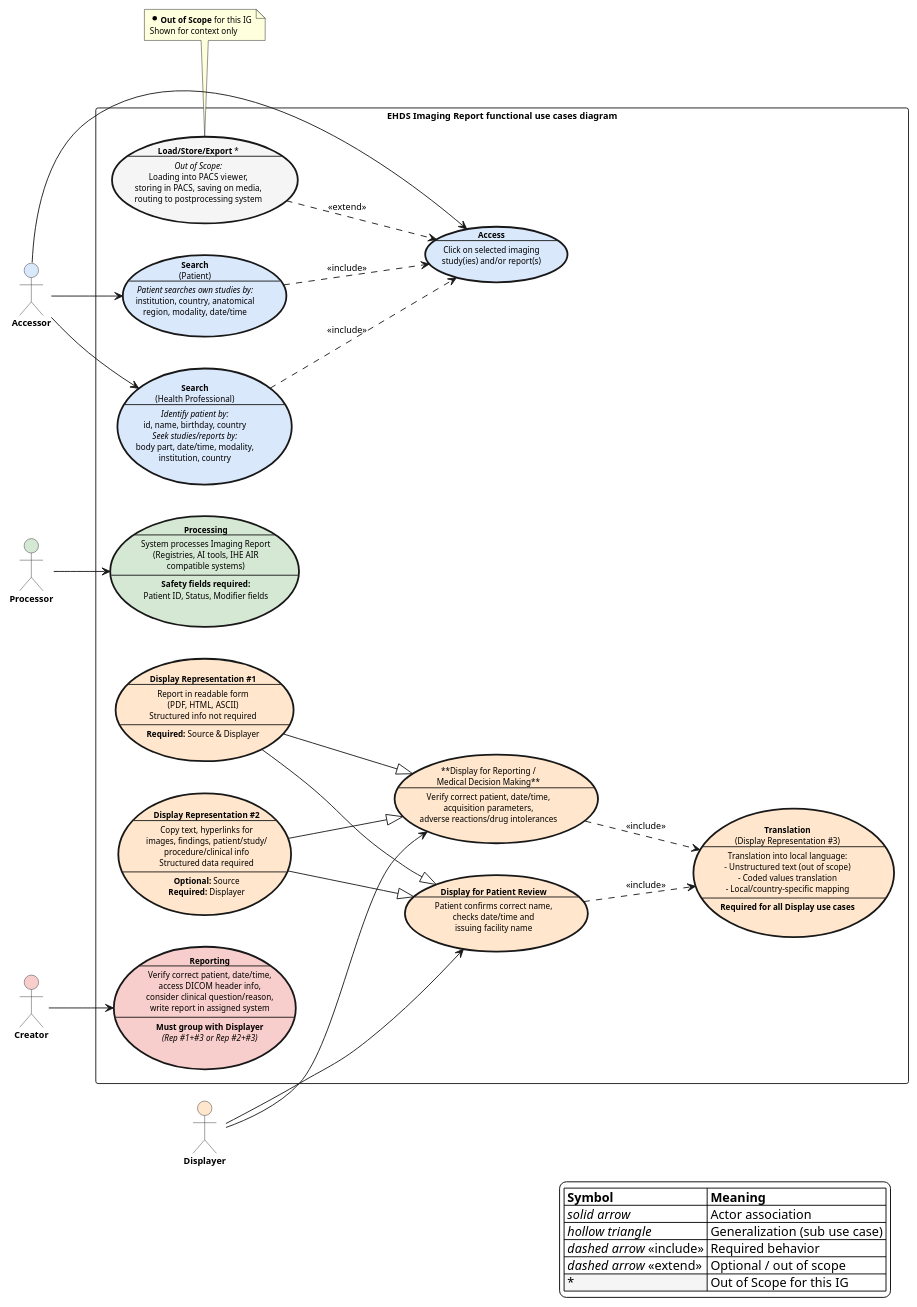
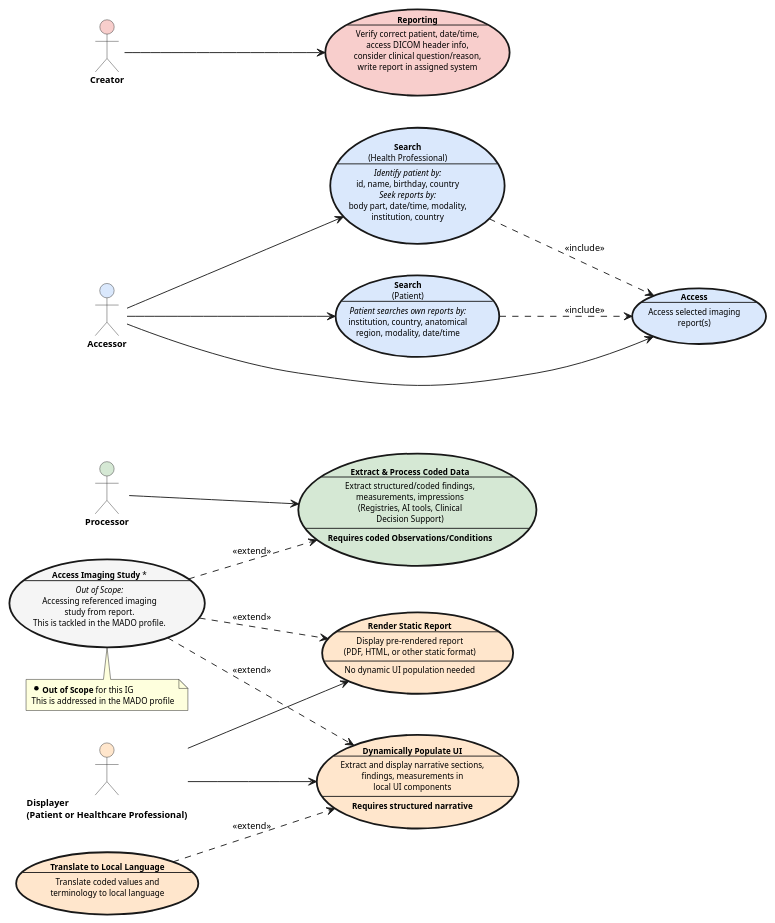
One commit to hl7-eu/imaging changed the diagram in ig-src/input/images-source/ehds-actors-usecases.plantuml. Above: the diagram before and after it, drawn with PlantUML.

Commit message:
update diagram

```diff
--- a/ig-src/input/images-source/ehds-actors-usecases.plantuml
+++ b/ig-src/input/images-source/ehds-actors-usecases.plantuml
@@ -1,108 +1,84 @@
 @startuml ehds-actors-usecases
 
 skinparam backgroundColor white
 skinparam handwritten false
 skinparam defaultFontSize 10
 skinparam wrapWidth 200
 
 skinparam actor {
   BorderColor #333333
   FontStyle bold
 }
 
 skinparam usecase {
   BorderThickness 2
   FontSize 9
 }
 
 skinparam note {
   FontSize 9
 }
 
 left to right direction
 
-rectangle "EHDS Imaging Report functional use cases diagram" {
-  
-  ' ==================== ACCESSOR USE CASES ====================
-  usecase "**Search**\n(Health Professional)\n--\n//Identify patient by://\nid, name, birthday, country\n//Seek studies/reports by://\nbody part, date/time, modality,\ninstitution, country" as UC_SearchHP #DAE8FC
-  
-  usecase "**Search**\n(Patient)\n--\n//Patient searches own studies by://\ninstitution, country, anatomical\nregion, modality, date/time" as UC_SearchPatient #DAE8FC
-  
-  usecase "**Access**\n--\nClick on selected imaging\nstudy(ies) and/or report(s)" as UC_Access #DAE8FC
-  
-  ' Out of scope extension
-  usecase "**Load/Store/Export** *\n--\n//Out of Scope://\nLoading into PACS viewer,\nstoring in PACS, saving on media,\nrouting to postprocessing system" as UC_PACSLoad #F5F5F5
-  
-  ' ==================== PROCESSOR USE CASES ====================
-  usecase "**Processing**\n--\nSystem processes Imaging Report\n(Registries, AI tools, IHE AIR\ncompatible systems)\n--\n**Safety fields required:**\nPatient ID, Status, Modifier fields" as UC_Processing #D5E8D4
-  
-  ' ==================== DISPLAYER USE CASES ====================
-  usecase "**Display for Reporting /\nMedical Decision Making**\n--\nVerify correct patient, date/time,\nacquisition parameters,\nadverse reactions/drug intolerances" as UC_DisplayReporting #FFE6CC
-  
-  usecase "**Display for Patient Review**\n--\nPatient confirms correct name,\nchecks date/time and\nissuing facility name" as UC_DisplayPatient #FFE6CC
-  
-  usecase "**Display Representation #1**\n--\nReport in readable form\n(PDF, HTML, ASCII)\nStructured info not required\n--\n**Required:** Source & Displayer" as UC_DisplayRep1 #FFE6CC
-  
-  usecase "**Display Representation #2**\n--\nCopy text, hyperlinks for\nimages, findings, patient/study/\nprocedure/clinical info\nStructured data required\n--\n**Optional:** Source\n**Required:** Displayer" as UC_DisplayRep2 #FFE6CC
-  
-  usecase "**Translation**\n(Display Representation #3)\n--\nTranslation into local language:\n- Unstructured text (out of scope)\n- Coded values translation\n- Local/country-specific mapping\n--\n**Required for all Display use cases**" as UC_Translation #FFE6CC
-  
-  ' ==================== CREATOR USE CASES ====================
-  usecase "**Reporting**\n--\nVerify correct patient, date/time,\naccess DICOM header info,\nconsider clinical question/reason,\nwrite report in assigned system\n--\n**Must group with Displayer**\n//(Rep #1+#3 or Rep #2+#3)//" as UC_Reporting #F8CECC
-}
+' ==================== ACCESSOR USE CASES ====================
+usecase "**Search**\n(Health Professional)\n--\n//Identify patient by://\nid, name, birthday, country\n//Seek reports by://\nbody part, date/time, modality,\ninstitution, country" as UC_SearchHP #DAE8FC
+
+usecase "**Search**\n(Patient)\n--\n//Patient searches own reports by://\ninstitution, country, anatomical\nregion, modality, date/time" as UC_SearchPatient #DAE8FC
+
+usecase "**Access**\n--\nAccess selected imaging\nreport(s)" as UC_Access #DAE8FC
+
+' Out of scope - imaging study access
+usecase "**Access Imaging Study** *\n--\n//Out of Scope://\nAccessing referenced imaging\nstudy from report.\nThis is tackled in the MADO profile." as UC_AccessStudy #F5F5F5
+
+' ==================== PROCESSOR USE CASES ====================
+usecase "**Extract & Process Coded Data**\n--\nExtract structured/coded findings,\nmeasurements, impressions\n(Registries, AI tools, Clinical\nDecision Support)\n--\n**Requires coded Observations/Conditions**" as UC_Processing #D5E8D4
+
+' ==================== DISPLAYER USE CASES ====================
+usecase "**Render Static Report**\n--\nDisplay pre-rendered report\n(PDF, HTML, or other static format)\n--\nNo dynamic UI population needed" as UC_RenderStatic #FFE6CC
+
+usecase "**Dynamically Populate UI**\n--\nExtract and display narrative sections,\nfindings, measurements in\nlocal UI components\n--\n**Requires structured narrative**" as UC_DynamicDisplay #FFE6CC
+
+usecase "**Translate to Local Language**\n--\nTranslate coded values and\nterminology to local language" as UC_Translation #FFE6CC
+
+' ==================== CREATOR USE CASES ====================
+usecase "**Reporting**\n--\nVerify correct patient, date/time,\naccess DICOM header info,\nconsider clinical question/reason,\nwrite report in assigned system" as UC_Reporting #F8CECC
 
 ' ==================== ACTORS ====================
 actor "Accessor" as Accessor #DAE8FC
 actor "Processor" as Processor #D5E8D4
-actor "Displayer" as Displayer #FFE6CC
+actor "Displayer\n(Patient or Healthcare Professional)" as Displayer #FFE6CC
 actor "Creator" as Creator #F8CECC
 
 ' ==================== ACTOR ASSOCIATIONS ====================
 Accessor --> UC_SearchHP
 Accessor --> UC_SearchPatient
 Accessor --> UC_Access
 
 Processor --> UC_Processing
 
-Displayer --> UC_DisplayReporting
-Displayer --> UC_DisplayPatient
+Displayer --> UC_RenderStatic
+Displayer --> UC_DynamicDisplay
 
 Creator --> UC_Reporting
 
 ' ==================== INCLUDE RELATIONSHIPS ====================
 ' Search includes Access
 UC_SearchHP ..> UC_Access : <<include>>
 UC_SearchPatient ..> UC_Access : <<include>>
 
-' All Display use cases include Translation
-UC_DisplayReporting ..> UC_Translation : <<include>>
-UC_DisplayPatient ..> UC_Translation : <<include>>
-
 ' ==================== GENERALIZATION RELATIONSHIPS ====================
-' Rep1 and Rep2 are sub-use cases of Display for Reporting
-UC_DisplayRep1 --|> UC_DisplayReporting
-UC_DisplayRep2 --|> UC_DisplayReporting
-
-' Rep1 and Rep2 are also sub-use cases of Display for Patient
-UC_DisplayRep1 --|> UC_DisplayPatient
-UC_DisplayRep2 --|> UC_DisplayPatient
 
 ' ==================== EXTEND RELATIONSHIPS (OUT OF SCOPE) ====================
-UC_PACSLoad ..> UC_Access : <<extend>>
+UC_AccessStudy ..> UC_Processing : <<extend>>
+UC_AccessStudy ..> UC_RenderStatic : <<extend>>
+UC_AccessStudy ..> UC_DynamicDisplay : <<extend>>
+UC_Translation ..> UC_DynamicDisplay : <<extend>>
 
 ' ==================== NOTES ====================
-note bottom of UC_PACSLoad
+note bottom of UC_AccessStudy
   * **Out of Scope** for this IG
-  Shown for context only
+  This is addressed in the MADO profile
 end note
 
-legend right
-  |= Symbol |= Meaning |
-  | //solid arrow// | Actor association |
-  | //hollow triangle// | Generalization (sub use case) |
-  | //dashed arrow// <<include>> | Required behavior |
-  | //dashed arrow// <<extend>> | Optional / out of scope |
-  |<#F5F5F5> * | Out of Scope for this IG |
-endlegend
-
 @enduml
```
